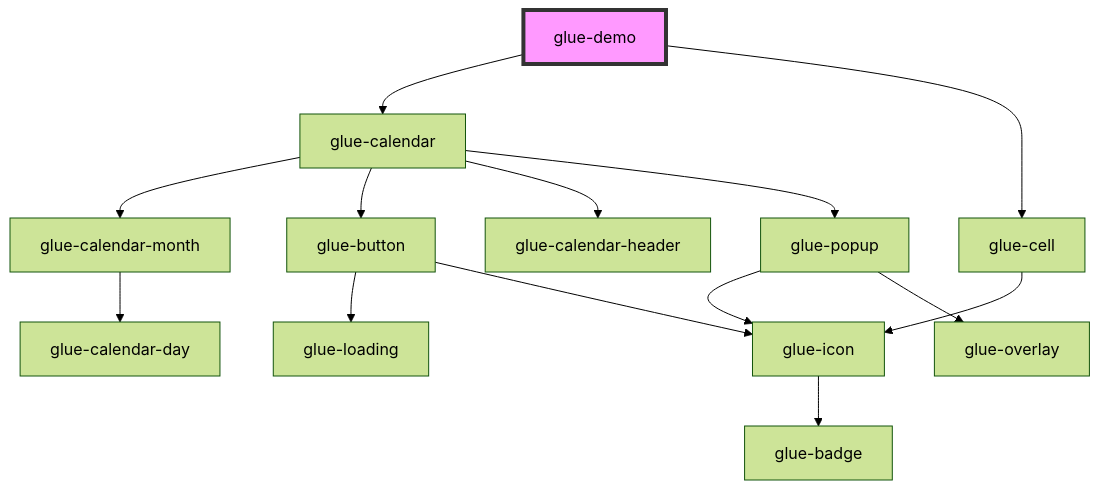
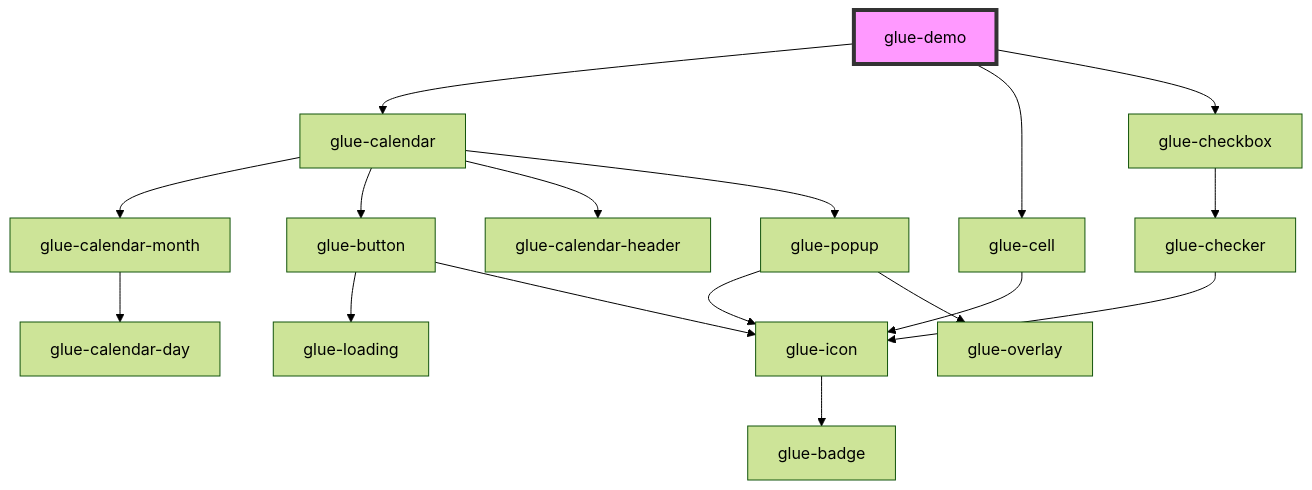
Before and after one commit to grasilife/glue: the diagram in packages/glue-components/src/components/glue-demo/readme.md, drawn with Mermaid (forest theme). The commit also changed other lines of this file and 9 other files, not shown here.

````diff
--- a/packages/glue-components/src/components/glue-demo/readme.md
+++ b/packages/glue-components/src/components/glue-demo/readme.md
@@ -16,17 +17,20 @@
 ```mermaid
 graph TD;
   glue-demo --> glue-calendar
   glue-demo --> glue-cell
+  glue-demo --> glue-checkbox
   glue-calendar --> glue-calendar-month
   glue-calendar --> glue-button
   glue-calendar --> glue-calendar-header
   glue-calendar --> glue-popup
   glue-calendar-month --> glue-calendar-day
   glue-button --> glue-loading
   glue-button --> glue-icon
   glue-icon --> glue-badge
   glue-popup --> glue-icon
   glue-popup --> glue-overlay
   glue-cell --> glue-icon
+  glue-checkbox --> glue-checker
+  glue-checker --> glue-icon
   style glue-demo fill:#f9f,stroke:#333,stroke-width:4px
 ```
````
